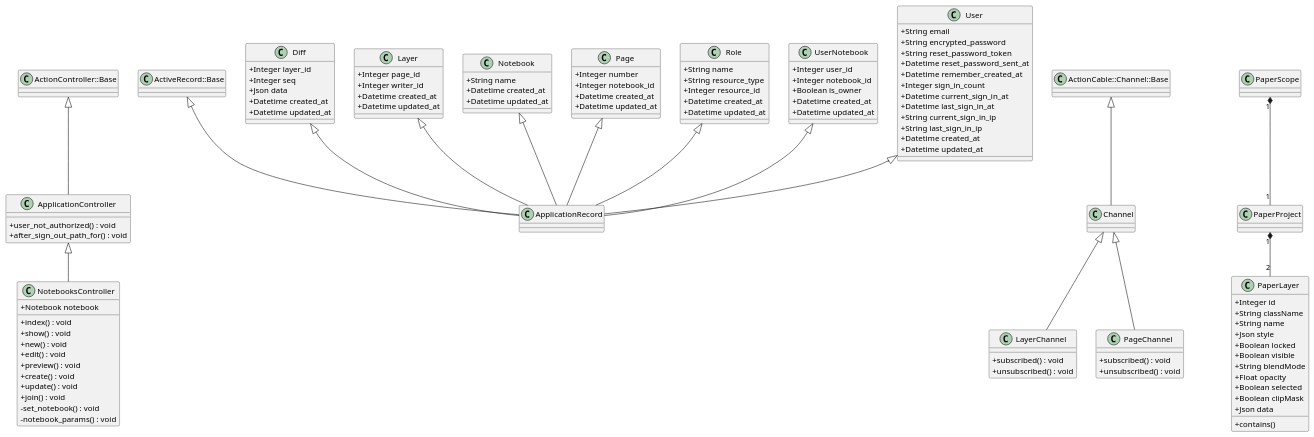
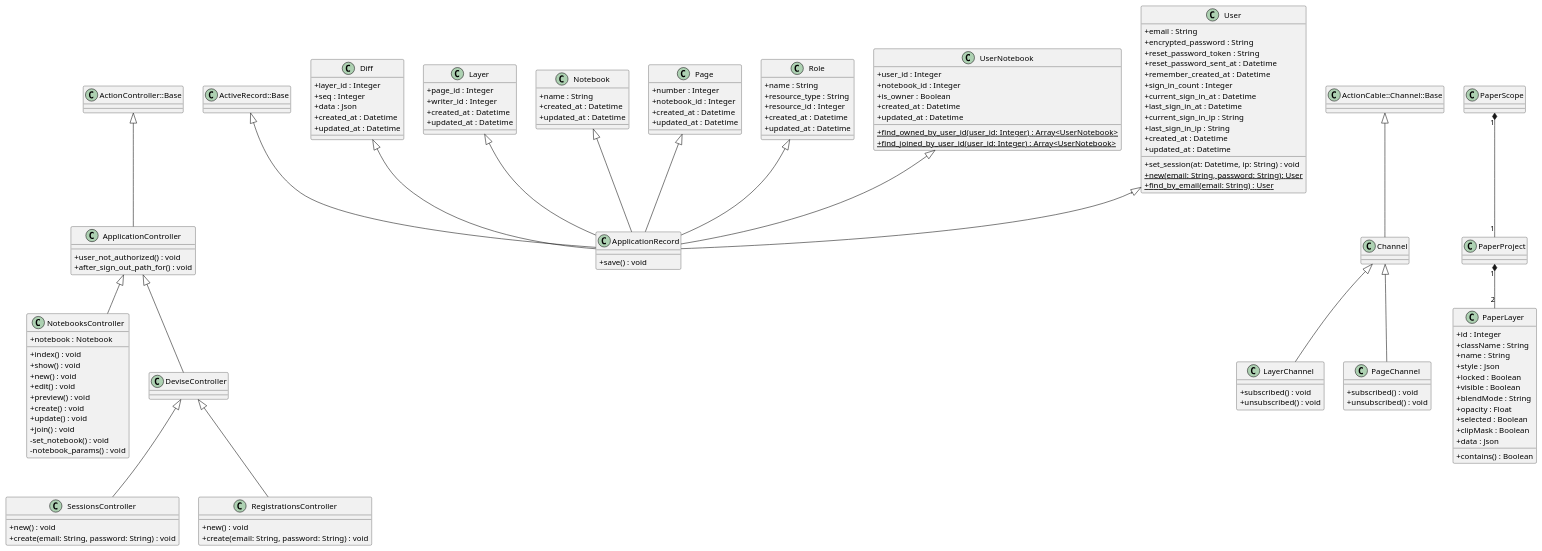
The diagram in docs/preliminary_design/class_diagram.plantuml (calebschoepp/canvasync), drawn with PlantUML before and after one commit. The commit also changed 2 other files, not shown here.

Commit message:
More seq diagrams

```diff
--- a/docs/preliminary_design/class_diagram.plantuml
+++ b/docs/preliminary_design/class_diagram.plantuml
@@ -1,152 +1,167 @@
 @startuml Class Diagram
 skinparam classAttributeIconSize 0
 
 ' Controllers
 class ActionController::Base {}
 
 class ApplicationController {
     +user_not_authorized() : void
     +after_sign_out_path_for() : void
 }
 
 class NotebooksController {
-    +Notebook notebook
+    +notebook : Notebook
     +index() : void
     +show() : void
     +new() : void
     +edit() : void
     +preview() : void
     +create() : void
     +update() : void
     +join() : void
     -set_notebook() : void
     -notebook_params() : void
 }
 
+class DeviseController {
+}
+
+class SessionsController {
+    +new() : void
+    +create(email: String, password: String) : void
+}
+
+class RegistrationsController {
+    +new() : void
+    +create(email: String, password: String) : void
+}
+
 ActionController::Base <|-- ApplicationController
 ApplicationController <|-- NotebooksController
+ApplicationController <|-- DeviseController
+DeviseController <|-- SessionsController
+DeviseController <|-- RegistrationsController
 
 ' Models
 class ActiveRecord::Base {}
 
-class ApplicationRecord {}
+class ApplicationRecord {
+    +save() : void
+}
 
 class Diff {
-    +Integer layer_id
-    +Integer seq
-    +Json data
-    +Datetime created_at
-    +Datetime updated_at
+    +layer_id : Integer
+    +seq : Integer
+    +data : Json
+    +created_at : Datetime
+    +updated_at : Datetime
 }
 
 class Layer {
-    +Integer page_id
-    +Integer writer_id
-    +Datetime created_at
-    +Datetime updated_at
+    +page_id : Integer
+    +writer_id : Integer
+    +created_at : Datetime
+    +updated_at : Datetime
 }
 
 class Notebook {
-    +String name
-    +Datetime created_at
-    +Datetime updated_at
+    +name : String
+    +created_at : Datetime
+    +updated_at : Datetime
 }
 
 class Page {
-    +Integer number
-    +Integer notebook_id
-    +Datetime created_at
-    +Datetime updated_at
+    +number : Integer
+    +notebook_id : Integer
+    +created_at : Datetime
+    +updated_at : Datetime
 }
 
 class Role {
-    +String name
-    +String resource_type
-    +Integer resource_id
-    +Datetime created_at
-    +Datetime updated_at
+    +name : String
+    +resource_type : String
+    +resource_id : Integer
+    +created_at : Datetime
+    +updated_at : Datetime
 }
 
 class UserNotebook {
-    +Integer user_id
-    +Integer notebook_id
-    +Boolean is_owner
-    +Datetime created_at
-    +Datetime updated_at
+    +user_id : Integer
+    +notebook_id : Integer
+    +is_owner : Boolean
+    +created_at : Datetime
+    +updated_at : Datetime
+    {static} +find_owned_by_user_id(user_id: Integer) : Array<UserNotebook>
+    {static} +find_joined_by_user_id(user_id: Integer) : Array<UserNotebook>
 }
 
 class User {
-    +String email
-    +String encrypted_password
-    +String reset_password_token
-    +Datetime reset_password_sent_at
-    +Datetime remember_created_at
-    +Integer sign_in_count
-    +Datetime current_sign_in_at
-    +Datetime last_sign_in_at
-    +String current_sign_in_ip
-    +String last_sign_in_ip
-    +Datetime created_at
-    +Datetime updated_at
+    +email : String
+    +encrypted_password : String
+    +reset_password_token : String
+    +reset_password_sent_at : Datetime
+    +remember_created_at : Datetime
+    +sign_in_count : Integer
+    +current_sign_in_at : Datetime
+    +last_sign_in_at : Datetime
+    +current_sign_in_ip : String
+    +last_sign_in_ip : String
+    +created_at : Datetime
+    +updated_at : Datetime
+    +set_session(at: Datetime, ip: String) : void
+    {static} +new(email: String, password: String): User
+    {static} +find_by_email(email: String) : User
 }
 
 ActiveRecord::Base <|-- ApplicationRecord
 Diff <|-- ApplicationRecord
 Layer <|-- ApplicationRecord
 Notebook <|-- ApplicationRecord
 Page <|-- ApplicationRecord
 Role <|-- ApplicationRecord
 UserNotebook <|-- ApplicationRecord
 User <|-- ApplicationRecord
 
 ' Channels
-class ActionCable::Channel::Base {
+class ActionCable::Channel::Base {}
 
-}
-
-class Channel {
-
-}
+class Channel {}
 
 class LayerChannel {
     +subscribed() : void
     +unsubscribed() : void
 }
 
 class PageChannel {
     +subscribed() : void
     +unsubscribed() : void
 }
 
 ActionCable::Channel::Base <|-- Channel
 Channel <|-- LayerChannel
 Channel <|-- PageChannel
 
 ' Front-End
-class PaperScope {
+class PaperScope {}
 
-}
-
-class PaperProject {
-
-}
+class PaperProject {}
 
 class PaperLayer {
-    +Integer id
-    +String className
-    +String name
-    +Json style
-    +Boolean locked
-    +Boolean visible
-    +String blendMode
-    +Float opacity
-    +Boolean selected
-    +Boolean clipMask
-    +Json data
-    +contains()
+    +id : Integer
+    +className : String
+    +name : String
+    +style : Json
+    +locked : Boolean
+    +visible : Boolean 
+    +blendMode : String
+    +opacity : Float
+    +selected : Boolean
+    +clipMask : Boolean
+    +data : Json
+    +contains() : Boolean
 }
 
 PaperScope "1" *-- "1" PaperProject
 PaperProject "1" *-- "2" PaperLayer
 
 @enduml
```
